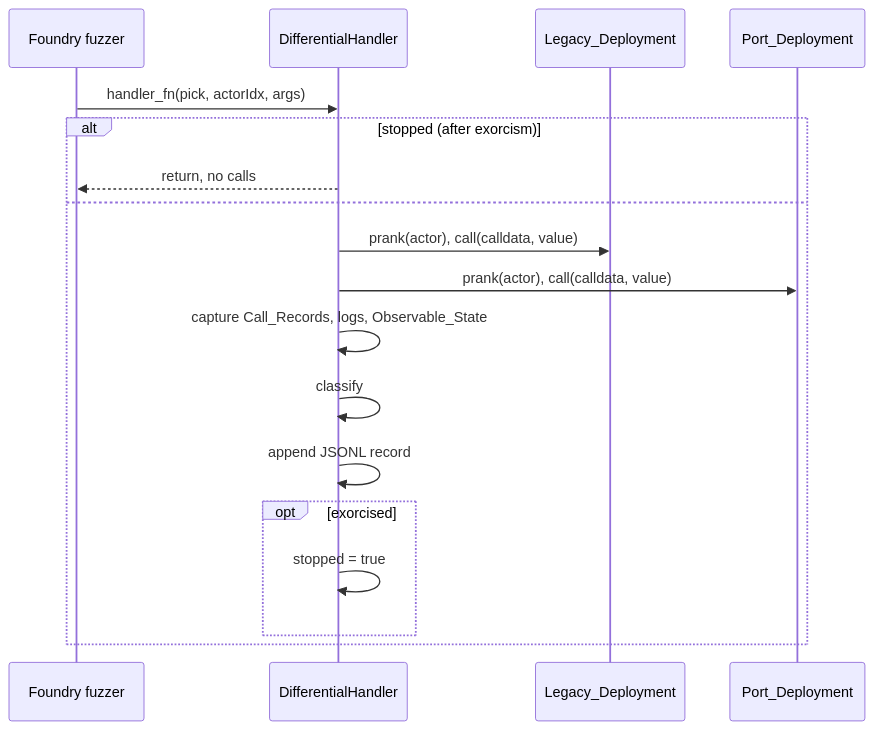
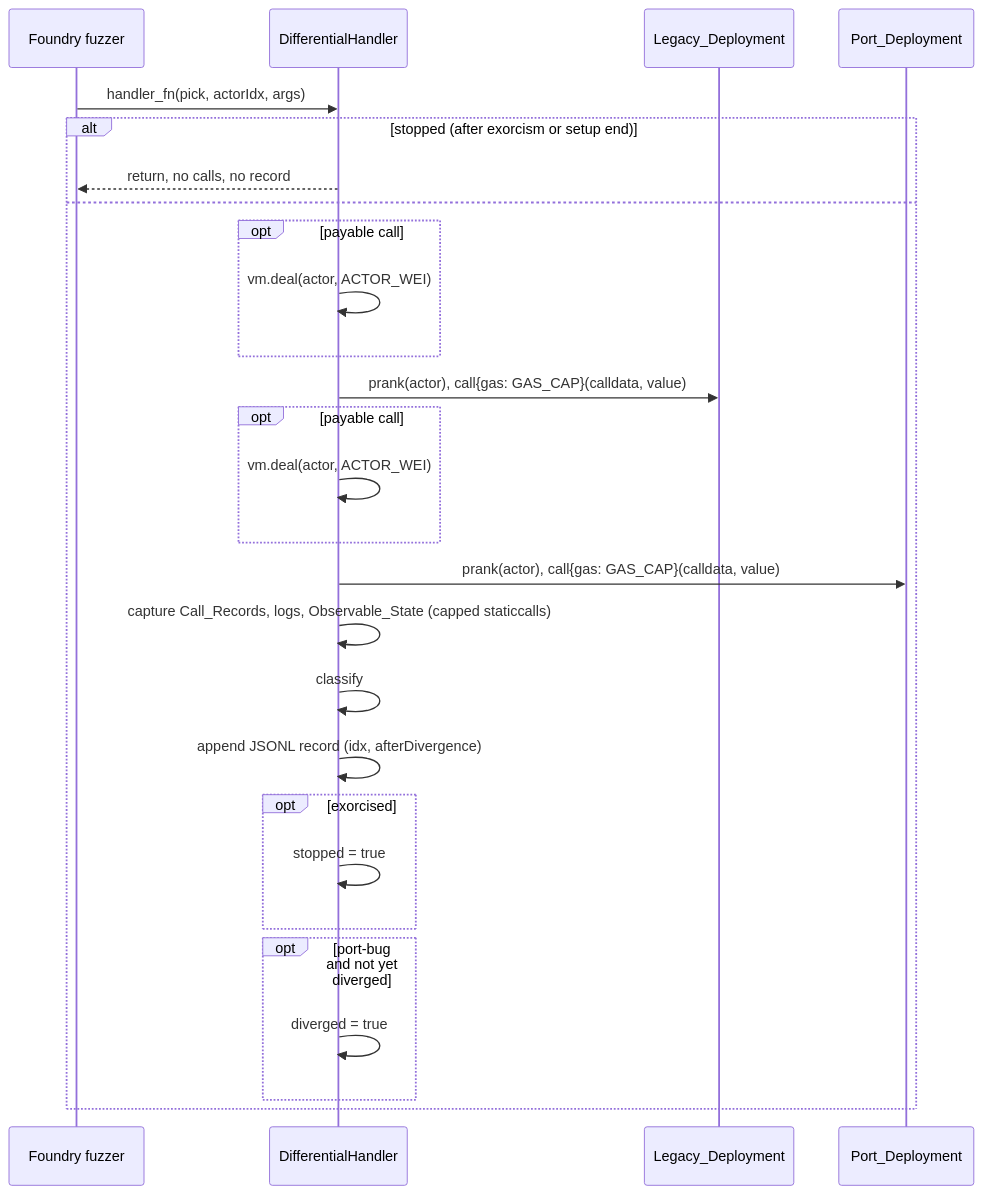
One commit to CharlesChinedum/exhume changed the second of 2 diagrams in .kiro/specs/seance-engine/design.md. Above: the diagram before and after it, drawn with Mermaid. The commit also changed other lines of this file and 2 other files, not shown here.

````diff
--- a/.kiro/specs/seance-engine/design.md
+++ b/.kiro/specs/seance-engine/design.md
@@ -43,20 +57,29 @@
 ```mermaid
 sequenceDiagram
     participant F as Foundry fuzzer
     participant H as DifferentialHandler
     participant L as Legacy_Deployment
     participant P as Port_Deployment
     F->>H: handler_fn(pick, actorIdx, args)
-    alt stopped (after exorcism)
-        H-->>F: return, no calls
+    alt stopped (after exorcism or setup end)
+        H-->>F: return, no calls, no record
     else
-        H->>L: prank(actor), call(calldata, value)
-        H->>P: prank(actor), call(calldata, value)
-        H->>H: capture Call_Records, logs, Observable_State
+        opt payable call
+            H->>H: vm.deal(actor, ACTOR_WEI)
+        end
+        H->>L: prank(actor), call{gas: GAS_CAP}(calldata, value)
+        opt payable call
+            H->>H: vm.deal(actor, ACTOR_WEI)
+        end
+        H->>P: prank(actor), call{gas: GAS_CAP}(calldata, value)
+        H->>H: capture Call_Records, logs, Observable_State (capped staticcalls)
         H->>H: classify
-        H->>H: append JSONL record
+        H->>H: append JSONL record (idx, afterDivergence)
         opt exorcised
             H->>H: stopped = true
         end
+        opt port-bug and not yet diverged
+            H->>H: diverged = true
+        end
     end
 ```
````
